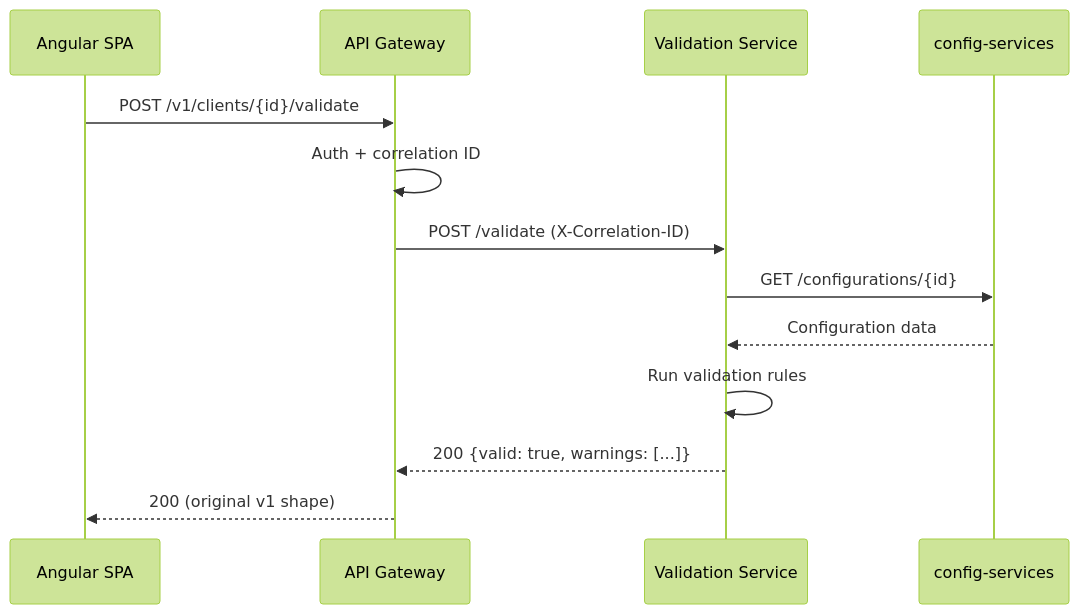
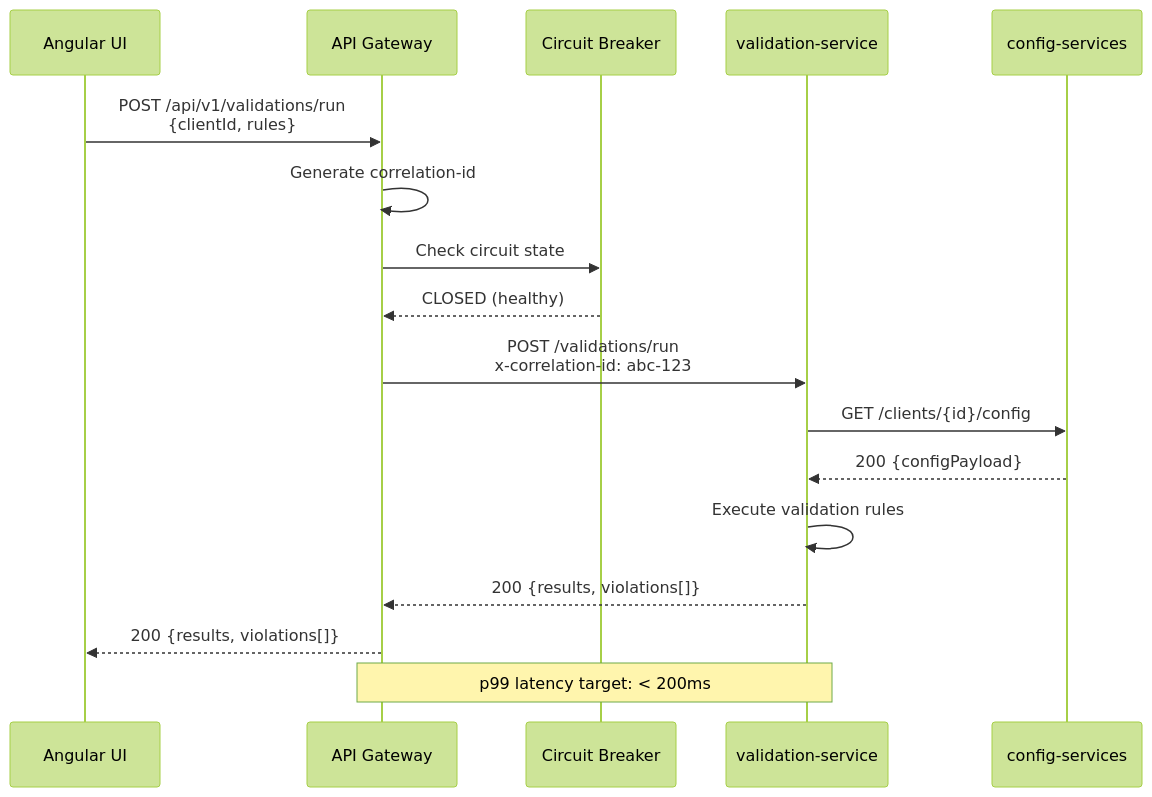
One commit to rsanchez-disney/steer-runtime changed the third of 5 diagrams in tests/orchestration/architecture_spec_agent.md. Above: the diagram before and after it, drawn with Mermaid (forest theme). The commit also changed other lines of this file and 7 other files, not shown here.

````diff
--- a/tests/orchestration/architecture_spec_agent.md
+++ b/tests/orchestration/architecture_spec_agent.md
@@ -106,16 +284,21 @@
 ```mermaid
 sequenceDiagram
-    participant UI as Angular SPA
+    participant UI as Angular UI
     participant GW as API Gateway
-    participant VS as Validation Service
+    participant CB as Circuit Breaker
+    participant VS as validation-service
     participant CS as config-services
 
-    UI->>GW: POST /v1/clients/{id}/validate
-    GW->>GW: Auth + correlation ID
-    GW->>VS: POST /validate (X-Correlation-ID)
-    VS->>CS: GET /configurations/{id}
-    CS-->>VS: Configuration data
-    VS->>VS: Run validation rules
-    VS-->>GW: 200 {valid: true, warnings: [...]}
-    GW-->>UI: 200 (original v1 shape)
+    UI->>GW: POST /api/v1/validations/run<br/>{clientId, rules}
+    GW->>GW: Generate correlation-id
+    GW->>CB: Check circuit state
+    CB-->>GW: CLOSED (healthy)
+    GW->>VS: POST /validations/run<br/>x-correlation-id: abc-123
+    VS->>CS: GET /clients/{id}/config
+    CS-->>VS: 200 {configPayload}
+    VS->>VS: Execute validation rules
+    VS-->>GW: 200 {results, violations[]}
+    GW-->>UI: 200 {results, violations[]}
+
+    Note over GW,VS: p99 latency target: < 200ms
 ```
````
